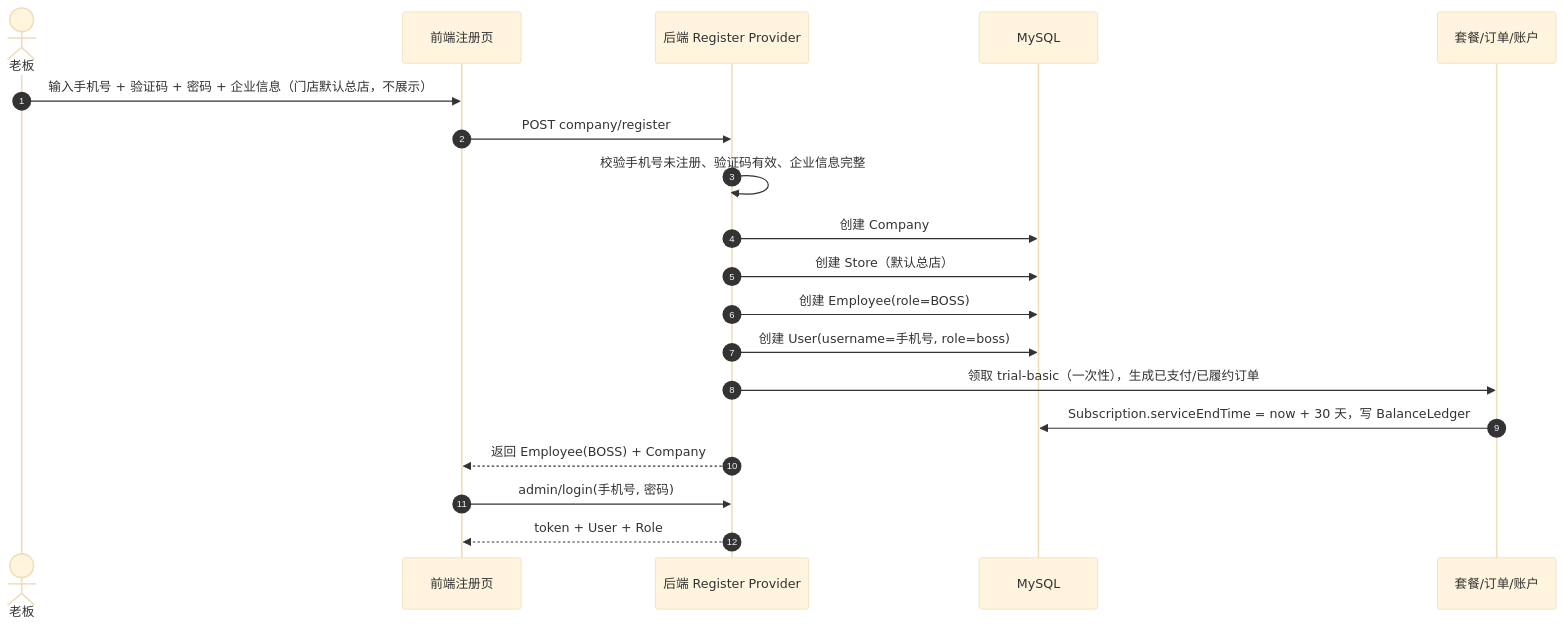
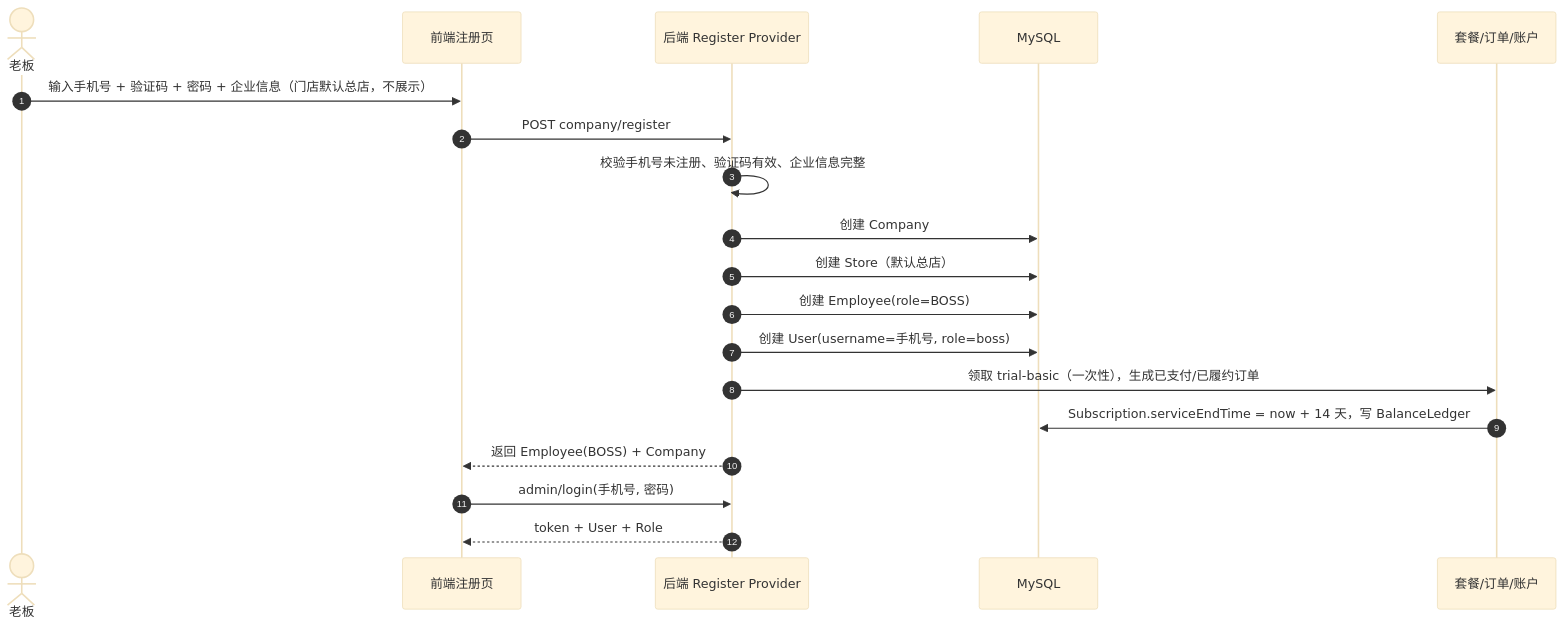
The first of 3 diagrams in docs/用户体系与续费体系设计.md (th4-edge/th4-decoboon), drawn with Mermaid (base theme) before and after one commit. The commit also changed other lines of this file and 6 other files, not shown here.

````diff
--- a/docs/用户体系与续费体系设计.md
+++ b/docs/用户体系与续费体系设计.md
@@ -34,22 +34,22 @@
 ```mermaid
 sequenceDiagram
     autonumber
     actor B as 老板
     participant F as 前端注册页
     participant S as 后端 Register Provider
     participant DB as MySQL
     participant P as 套餐/订单/账户
 
     B->>F: 输入手机号 + 验证码 + 密码 + 企业信息（门店默认总店，不展示）
     F->>S: POST company/register
     S->>S: 校验手机号未注册、验证码有效、企业信息完整
     S->>DB: 创建 Company
     S->>DB: 创建 Store（默认总店）
     S->>DB: 创建 Employee(role=BOSS)
     S->>DB: 创建 User(username=手机号, role=boss)
     S->>P: 领取 trial-basic（一次性），生成已支付/已履约订单
-    P->>DB: Subscription.serviceEndTime = now + 30 天，写 BalanceLedger
+    P->>DB: Subscription.serviceEndTime = now + 14 天，写 BalanceLedger
     S-->>F: 返回 Employee(BOSS) + Company
     F->>S: admin/login(手机号, 密码)
     S-->>F: token + User + Role
 ```
````
